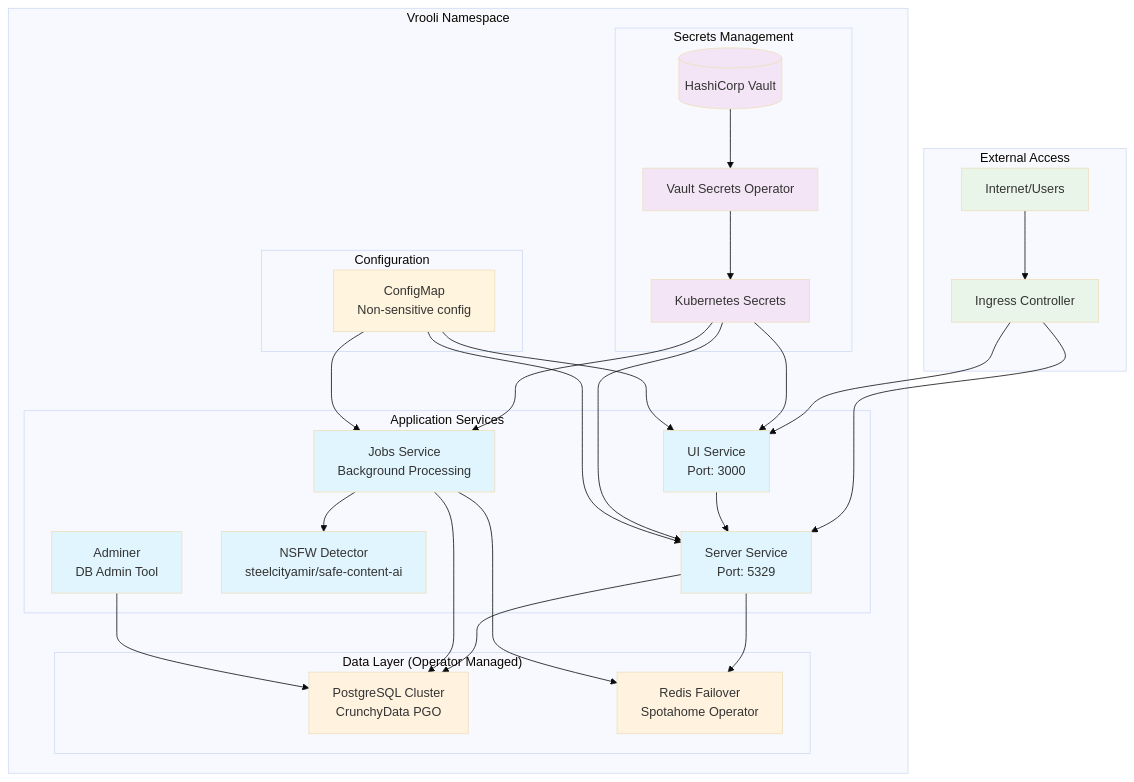
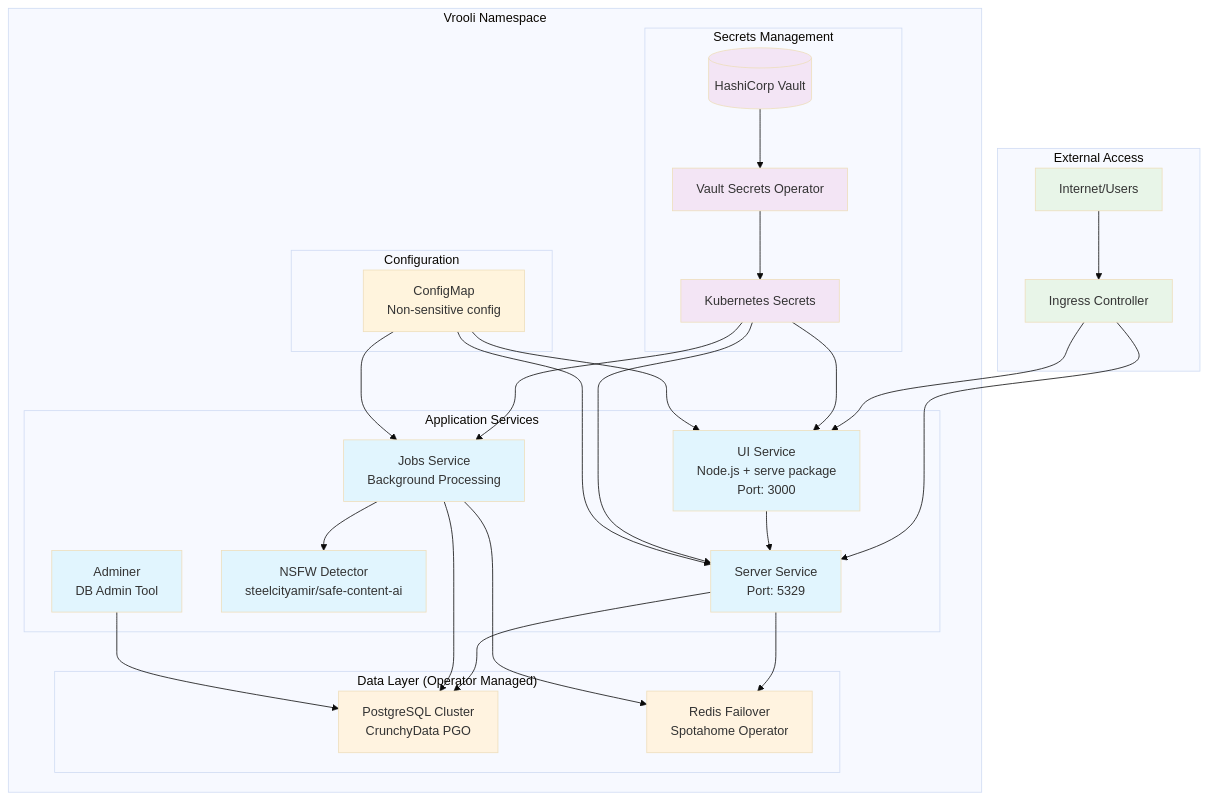
One commit to Vrooli/Vrooli changed the first of 4 diagrams in docs/devops/kubernetes.md. Above: the diagram before and after it, drawn with Mermaid (base theme). The commit also changed other lines of this file and 1222 other files, not shown here.

Commit message:
Major development cycle: CLI, execution architecture, test improvements

````diff
--- a/docs/devops/kubernetes.md
+++ b/docs/devops/kubernetes.md
@@ -11,64 +11,64 @@
 ```mermaid
 graph TB
     subgraph "External Access"
         Internet[Internet/Users]
         Ingress[Ingress Controller]
     end
     
     subgraph "Vrooli Namespace"
         subgraph "Application Services"
-            UI[UI Service<br/>Port: 3000]
+            UI[UI Service<br/>Node.js + serve package<br/>Port: 3000]
             Server[Server Service<br/>Port: 5329]
             Jobs[Jobs Service<br/>Background Processing]
             NSFW[NSFW Detector<br/>steelcityamir/safe-content-ai]
             Adminer[Adminer<br/>DB Admin Tool]
         end
         
         subgraph "Data Layer (Operator Managed)"
             PGO[PostgreSQL Cluster<br/>CrunchyData PGO]
             Redis[Redis Failover<br/>Spotahome Operator]
         end
         
         subgraph "Secrets Management"
             VSO[Vault Secrets Operator]
             Vault[(HashiCorp Vault)]
             K8sSecrets[Kubernetes Secrets]
         end
         
         subgraph "Configuration"
             ConfigMap[ConfigMap<br/>Non-sensitive config]
         end
     end
     
     Internet --> Ingress
     Ingress --> UI
     Ingress --> Server
     
     UI --> Server
     Server --> PGO
     Server --> Redis
     Jobs --> PGO
     Jobs --> Redis
     Jobs --> NSFW
     
     Vault --> VSO
     VSO --> K8sSecrets
     K8sSecrets --> UI
     K8sSecrets --> Server
     K8sSecrets --> Jobs
     ConfigMap --> UI
     ConfigMap --> Server
     ConfigMap --> Jobs
     
     Adminer --> PGO
     
     classDef service fill:#e1f5fe
     classDef data fill:#fff3e0
     classDef secrets fill:#f3e5f5
     classDef external fill:#e8f5e8
     
     class UI,Server,Jobs,NSFW,Adminer service
     class PGO,Redis data
     class VSO,Vault,K8sSecrets secrets
     class Internet,Ingress external
 ```
````
